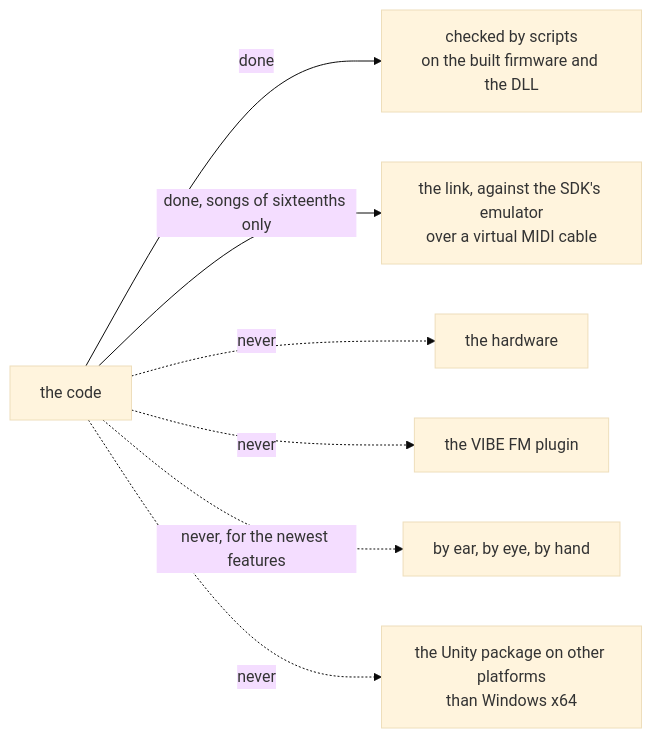
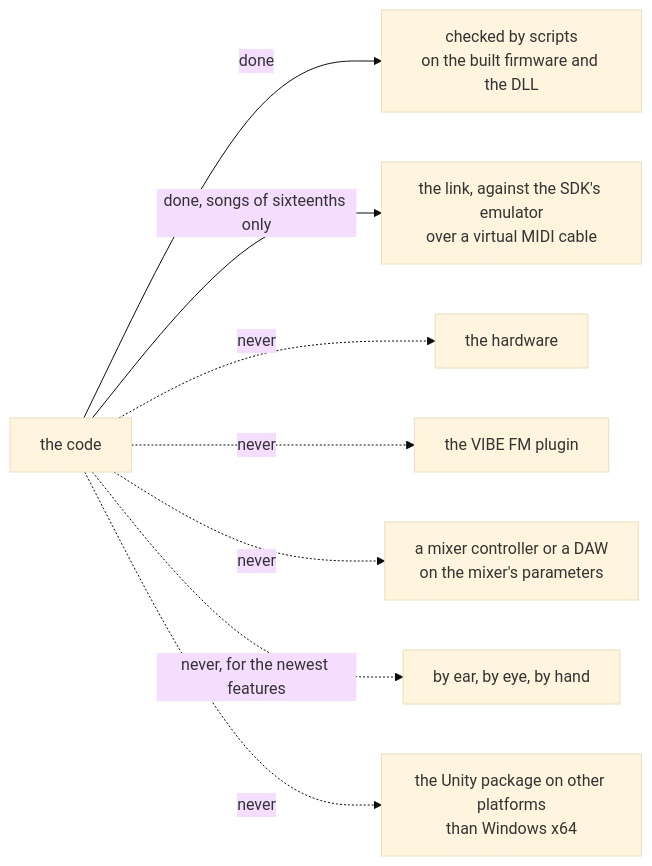
One commit to Cat-Splat-Studios/sfx-forge changed the diagram in wiki/What-Is-Tested.md. Above: the diagram before and after it, drawn with Mermaid (base theme). The commit also changed other lines of this file and 30 other files, not shown here.

First line of the commit message:
Firmware 1.7.1: the mixer as the host's parameters, as the SDK's mixer convention asks

````diff
--- a/wiki/What-Is-Tested.md
+++ b/wiki/What-Is-Tested.md
@@ -9,16 +9,18 @@
 ```mermaid
 flowchart LR
   code["the code"]
   scripts["checked by scripts<br/>on the built firmware and the DLL"]
   emu["the link, against the SDK's emulator<br/>over a virtual MIDI cable"]
   hw["the hardware"]
   plugin["the VIBE FM plugin"]
+  surface["a mixer controller or a DAW<br/>on the mixer's parameters"]
   ears["by ear, by eye, by hand"]
   other["the Unity package on other platforms<br/>than Windows x64"]
   code -->|"done"| scripts
   code -->|"done, songs of sixteenths only"| emu
   code -.->|"never"| hw
   code -.->|"never"| plugin
+  code -.->|"never"| surface
   code -.->|"never, for the newest features"| ears
   code -.->|"never"| other
 ```
````
